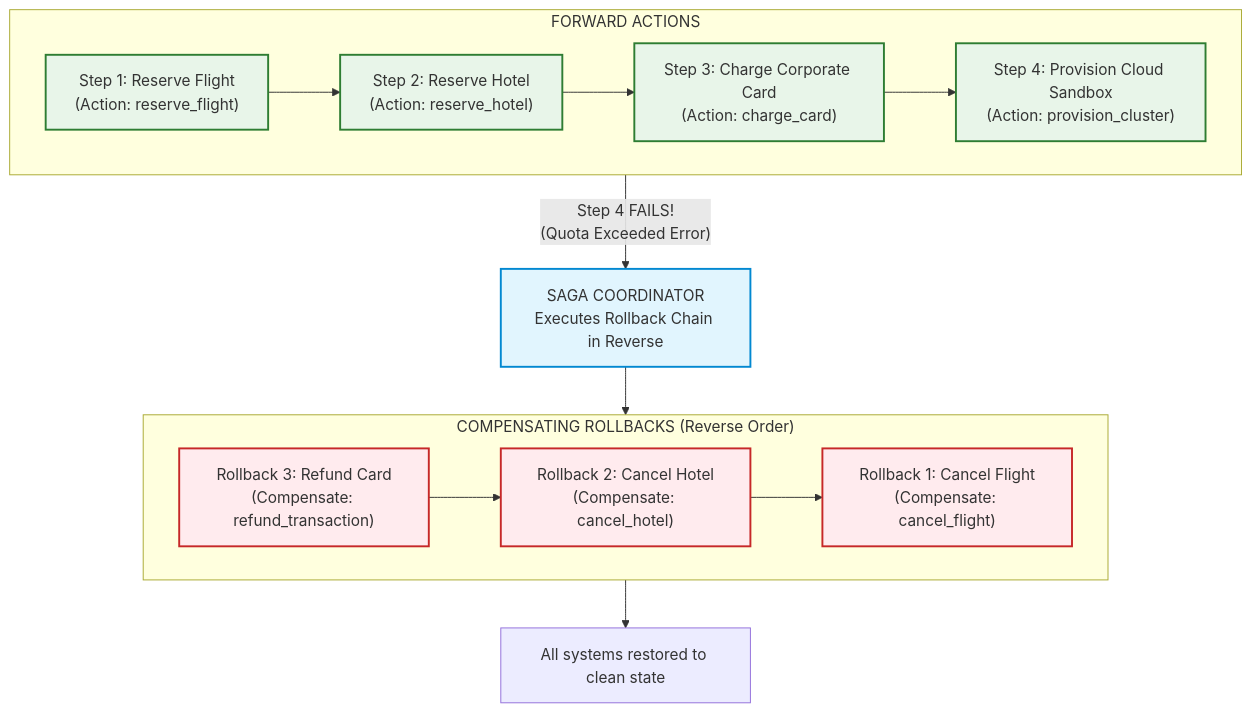
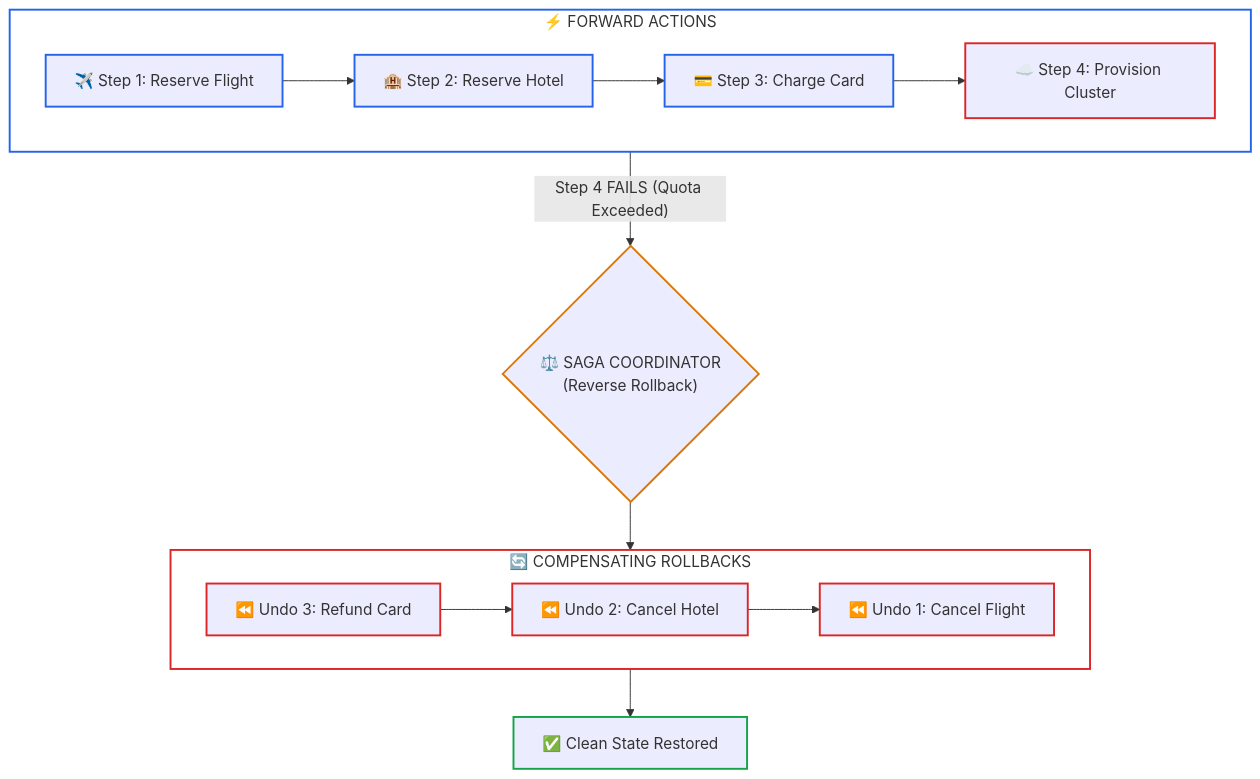
Before and after one commit to dip4k/senior-engineer-to-ai-engineer-roadmap: the fourth of 6 diagrams in 04-agentic-systems-and-orchestration/03-stateful-sessions-and-durable-wal-persistence.md, drawn with Mermaid. The commit also changed other lines of this file and 94 other files, not shown here.

Commit message:
refactor(curriculum): complete Phase 04 upgrade and enforce diagram renderer invariants

````diff
--- a/04-agentic-systems-and-orchestration/03-stateful-sessions-and-durable-wal-persistence.md
+++ b/04-agentic-systems-and-orchestration/03-stateful-sessions-and-durable-wal-persistence.md
@@ -127,26 +141,32 @@
 ```mermaid
 flowchart TD
-    classDef fwd fill:#e8f5e9,stroke:#2e7d32,stroke-width:2px;
-    classDef roll fill:#ffebee,stroke:#c62828,stroke-width:2px;
-    classDef saga fill:#e1f5fe,stroke:#0288d1,stroke-width:2px;
-
-    subgraph ForwardPath["FORWARD ACTIONS"]
+    subgraph ForwardPath["⚡ FORWARD ACTIONS"]
         direction LR
-        S1["Step 1: Reserve Flight\n(Action: reserve_flight)"]:::fwd
-        --> S2["Step 2: Reserve Hotel\n(Action: reserve_hotel)"]:::fwd
-        --> S3["Step 3: Charge Corporate Card\n(Action: charge_card)"]:::fwd
-        --> S4["Step 4: Provision Cloud Sandbox\n(Action: provision_cluster)"]:::fwd
+        S1["✈️ Step 1: Reserve Flight"] --> S2["🏨 Step 2: Reserve Hotel"]
+        S2 --> S3["💳 Step 3: Charge Card"]
+        S3 --> S4["☁️ Step 4: Provision Cluster"]
     end
 
-    S4 -->|"Step 4 FAILS!\n(Quota Exceeded Error)"| Saga["SAGA COORDINATOR\nExecutes Rollback Chain in Reverse"]:::saga
+    S4 -->|"Step 4 FAILS (Quota Exceeded)"| Saga{"⚖️ SAGA COORDINATOR<br>(Reverse Rollback)"}
 
-    subgraph RollbackPath["COMPENSATING ROLLBACKS (Reverse Order)"]
+    subgraph RollbackPath["🔄 COMPENSATING ROLLBACKS"]
         direction LR
-        C3["Rollback 3: Refund Card\n(Compensate: refund_transaction)"]:::roll
-        --> C2["Rollback 2: Cancel Hotel\n(Compensate: cancel_hotel)"]:::roll
-        --> C1["Rollback 1: Cancel Flight\n(Compensate: cancel_flight)"]:::roll
+        C3["⏪ Undo 3: Refund Card"] --> C2["⏪ Undo 2: Cancel Hotel"]
+        C2 --> C1["⏪ Undo 1: Cancel Flight"]
     end
 
     Saga --> C3
-    C1 --> Done["All systems restored to clean state"]
+    C1 --> Done["✅ Clean State Restored"]
+
+    style ForwardPath fill:none,stroke:#2563eb,stroke-width:2px
+    style RollbackPath fill:none,stroke:#dc2626,stroke-width:2px
+    style S1 stroke:#2563eb,stroke-width:2px
+    style S2 stroke:#2563eb,stroke-width:2px
+    style S3 stroke:#2563eb,stroke-width:2px
+    style S4 stroke:#dc2626,stroke-width:2px
+    style Saga stroke:#d97706,stroke-width:2px
+    style C3 stroke:#dc2626,stroke-width:2px
+    style C2 stroke:#dc2626,stroke-width:2px
+    style C1 stroke:#dc2626,stroke-width:2px
+    style Done stroke:#16a34a,stroke-width:2px
 ```
````
